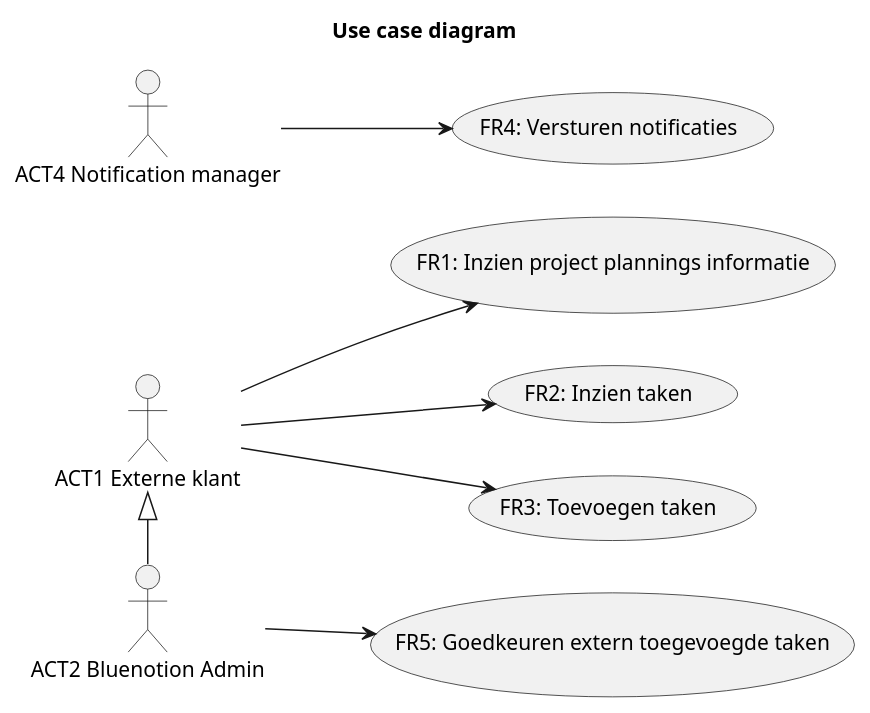
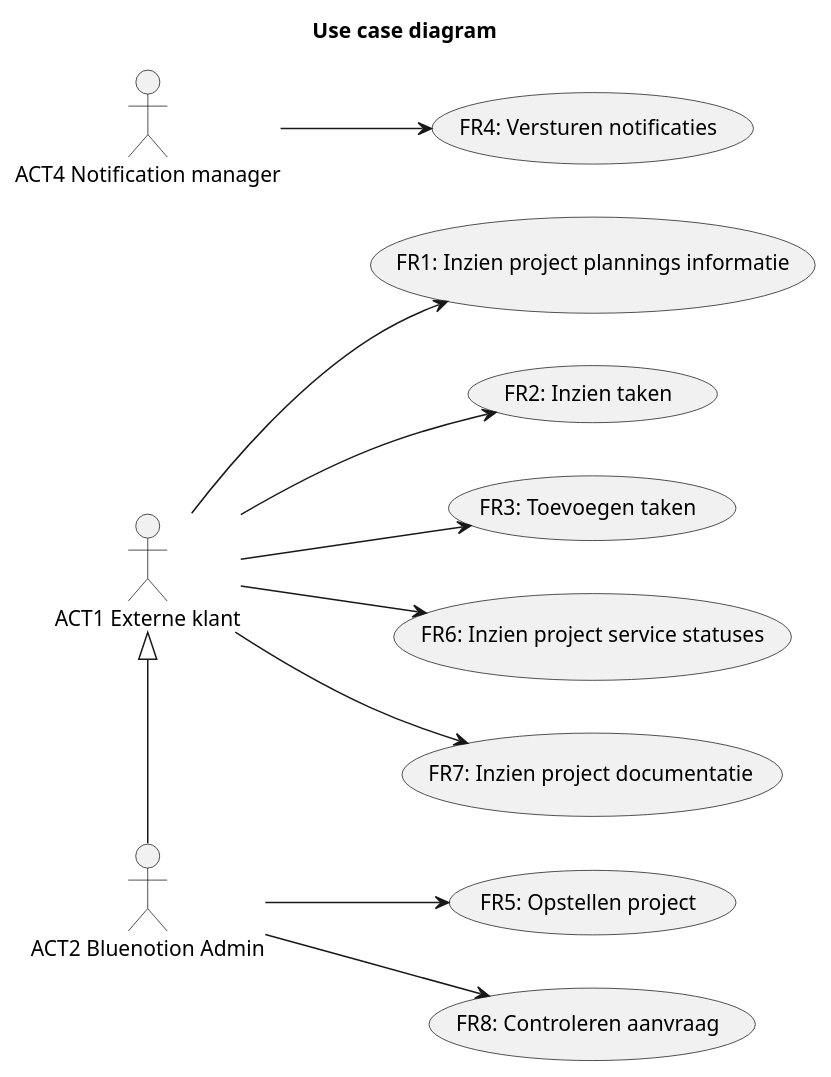
The third of 3 diagrams in Documentatie/FunctioneelOntwerp.md (DCReceveur/pre-afstudeer-docs), drawn with PlantUML before and after one commit. The commit also changed other lines of this file, not shown here.

````diff
--- a/Documentatie/FunctioneelOntwerp.md
+++ b/Documentatie/FunctioneelOntwerp.md
@@ -401,25 +300,30 @@
 ```plantuml
 title Use case diagram
 left to right direction
 
 :ACT1 Externe klant: as KL
 :ACT2 Bluenotion Admin: as ADM
 :ACT4 Notification manager: as Notification
 
 (FR1: Inzien project plannings informatie) as FR1
 (FR2: Inzien taken) as FR2
 (FR3: Toevoegen taken) as FR3
 (FR4: Versturen notificaties) as FR4
-(FR5: Goedkeuren extern toegevoegde taken) as FR5
+(FR5: Opstellen project) as FR5
+(FR6: Inzien project service statuses) as FR6
+(FR7: Inzien project documentatie) as FR7
+(FR8: Controleren aanvraag) as FR8
 
 KL -DOWN-> FR1
 KL -DOWN-> FR2
 KL -DOWN-> FR3
-
+KL -DOWN-> FR6
+KL -DOWN-> FR7
 
 ADM-DOWN->FR5
+ADM-DOWN->FR8
 Notification-DOWN->FR4
 
 ADM-LEFT-|>KL
 
 ```
````
